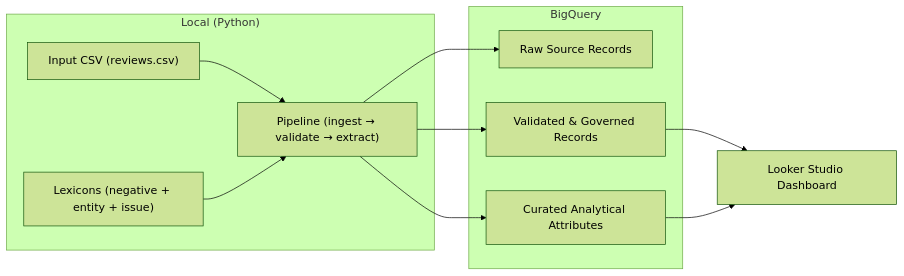
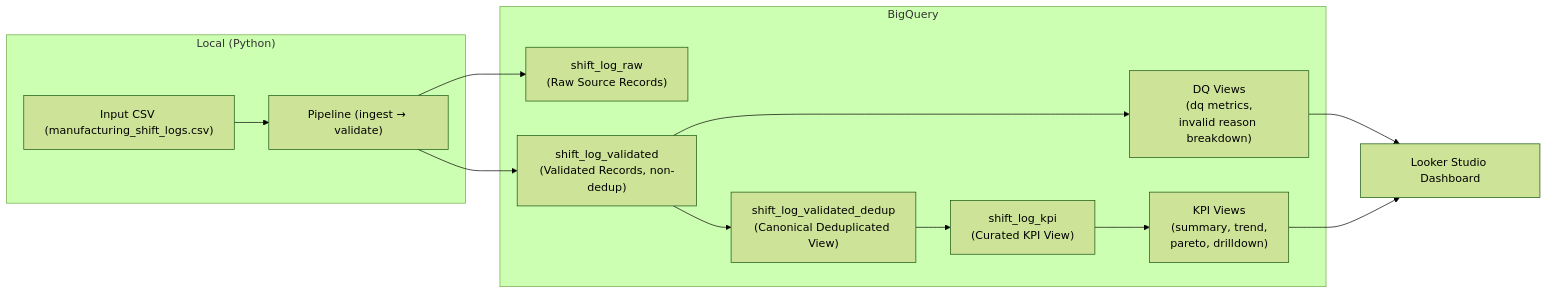
Before and after one commit to yshio2117/manufacturing-ops-data-quality-monitoring: the diagram in README.md, drawn with Mermaid (forest theme). The commit also changed other lines of this file and 6 other files, not shown here.

````diff
--- a/README.md
+++ b/README.md
@@ -75,27 +51,28 @@
 ```mermaid
 flowchart LR
+
   subgraph Local["Local (Python)"]
-    CSV["Input CSV (reviews.csv)"]
-    LEX["Lexicons (negative + entity + issue)"]
-    PIPE["Pipeline (ingest → validate → extract)"]
+    CSV["Input CSV (manufacturing_shift_logs.csv)"]
+    PIPE["Pipeline (ingest → validate)"]
   end
 
   subgraph BQ["BigQuery"]
-    RAW["Raw Source Records"]
-    VAL["Validated & Governed Records"]
-    FACT["Curated Analytical Attributes"]
-
+    RAW["shift_log_raw\n(Raw Source Records)"]
+    VAL["shift_log_validated\n(Validated Records, non-dedup)"]
+    DQV["DQ Views\n(dq metrics,\ninvalid reason breakdown)"]
+    DEDUP["shift_log_validated_dedup\n(Canonical Deduplicated View)"]
+    KPI["shift_log_kpi\n(Curated KPI View)"]
+    KPIV["KPI Views\n(summary, trend,\npareto, drilldown)"]
   end
 
   DASH["Looker Studio Dashboard"]
-
   CSV --> PIPE
-  LEX --> PIPE
-
   PIPE --> RAW
   PIPE --> VAL
-  PIPE --> FACT
-
-  VAL --> DASH
-  FACT --> DASH
+  VAL --> DQV
+  VAL --> DEDUP
+  DEDUP --> KPI
+  KPI --> KPIV
+  DQV --> DASH
+  KPIV --> DASH
 ```
````
